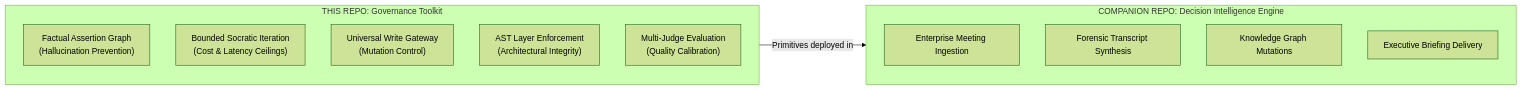
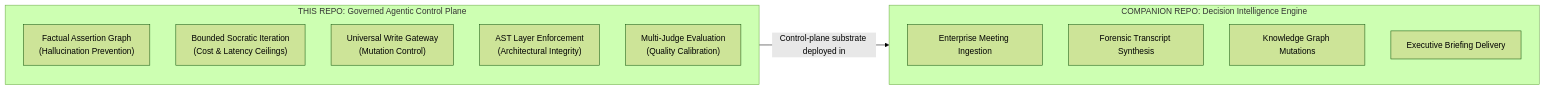
Before and after one commit to Siamese001/agents: the diagram in README.md, drawn with Mermaid (forest theme). The commit also changed other lines of this file and 469 other files, not shown here.

````diff
--- a/README.md
+++ b/README.md
@@ -29,21 +42,21 @@
 ```mermaid
 flowchart LR
-    subgraph Toolkit["THIS REPO: Governance Toolkit"]
+    subgraph Toolkit["THIS REPO: Governed Agentic Control Plane"]
         direction TB
         A["Factual Assertion Graph\n(Hallucination Prevention)"] 
         B["Bounded Socratic Iteration\n(Cost & Latency Ceilings)"]
         C["Universal Write Gateway\n(Mutation Control)"]
         D["AST Layer Enforcement\n(Architectural Integrity)"]
         E["Multi-Judge Evaluation\n(Quality Calibration)"]
     end
 
     subgraph Application["COMPANION REPO: Decision Intelligence Engine"]
         direction TB
         F["Enterprise Meeting Ingestion"]
         G["Forensic Transcript Synthesis"]
         H["Knowledge Graph Mutations"]
         I["Executive Briefing Delivery"]
     end
 
-    Toolkit -->|"Primitives deployed in"| Application
+    Toolkit -->|"Control-plane substrate deployed in"| Application
 ```
````
